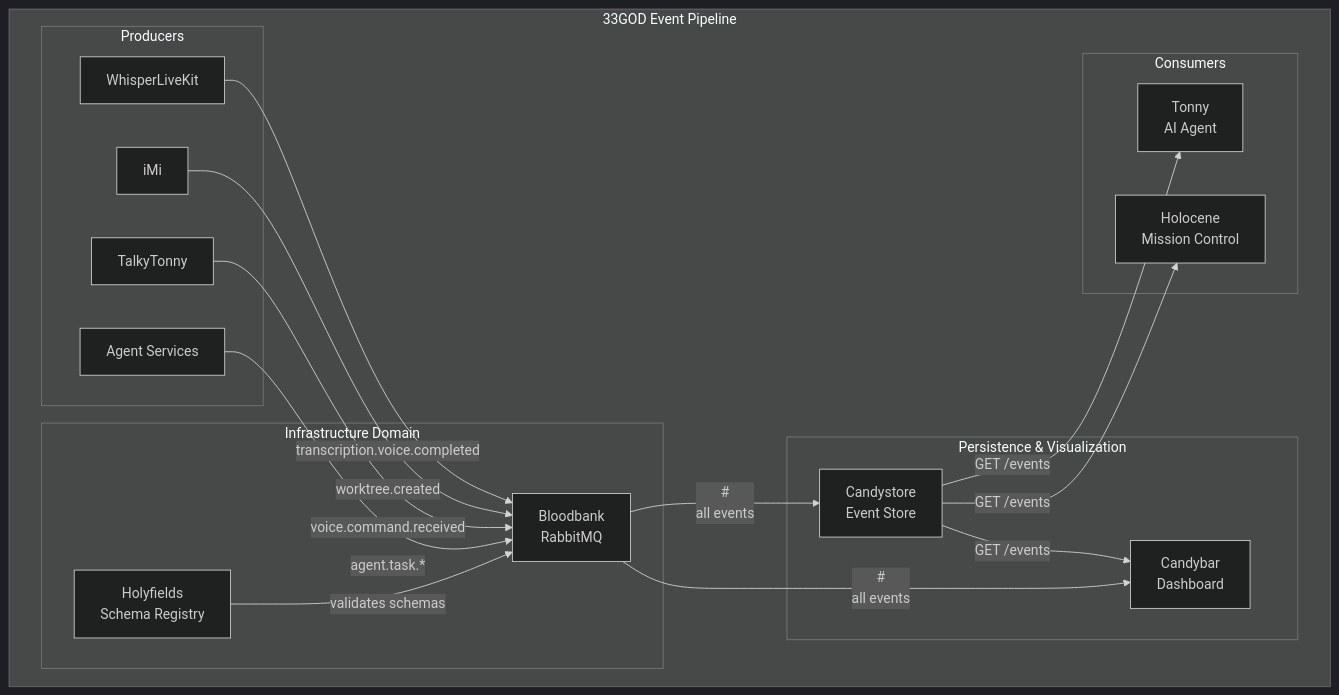
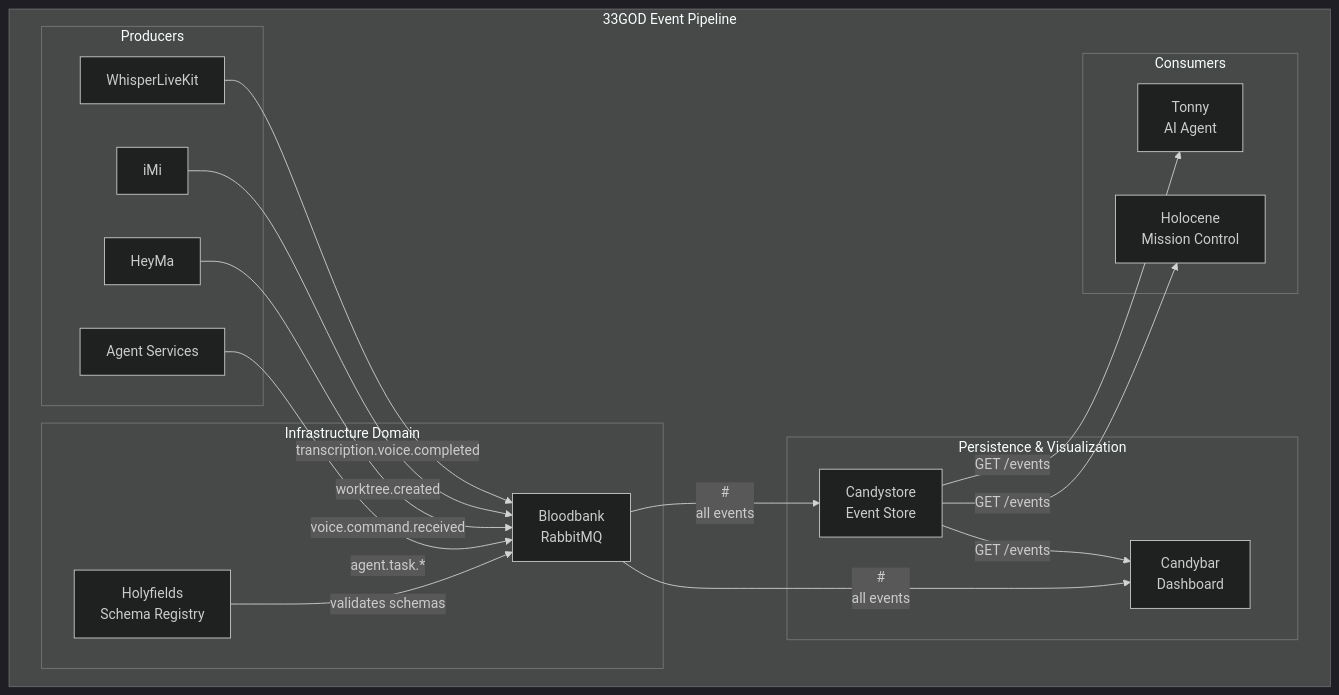
Before and after one commit to delorenj/candystore: the diagram in GOD.md, drawn with Mermaid (dark theme).

Commit message:
lots of stuff. Also, renamed TalkyTonny to HeyMa

````diff
--- a/GOD.md
+++ b/GOD.md
@@ -28,40 +28,40 @@
 ```mermaid
 graph TB
     subgraph "33GOD Event Pipeline"
         subgraph "Producers"
             WLK[WhisperLiveKit]
             IMI[iMi]
-            TT[TalkyTonny]
+            TT[HeyMa]
             AGENTS[Agent Services]
         end
 
         subgraph "Infrastructure Domain"
             BB[Bloodbank<br/>RabbitMQ]
             HF[Holyfields<br/>Schema Registry]
         end
 
         subgraph "Persistence & Visualization"
             CS[Candystore<br/>Event Store]
             CB[Candybar<br/>Dashboard]
         end
 
         subgraph "Consumers"
             TONNY[Tonny<br/>AI Agent]
             HOLOCENE[Holocene<br/>Mission Control]
         end
     end
 
     WLK -->|transcription.voice.completed| BB
     IMI -->|worktree.created| BB
     TT -->|voice.command.received| BB
     AGENTS -->|agent.task.*| BB
 
     HF -->|validates schemas| BB
 
     BB -->|#<br/>all events| CS
     BB -->|#<br/>all events| CB
 
     CS -->|GET /events| TONNY
     CS -->|GET /events| HOLOCENE
     CS -->|GET /events| CB
 ```
````
